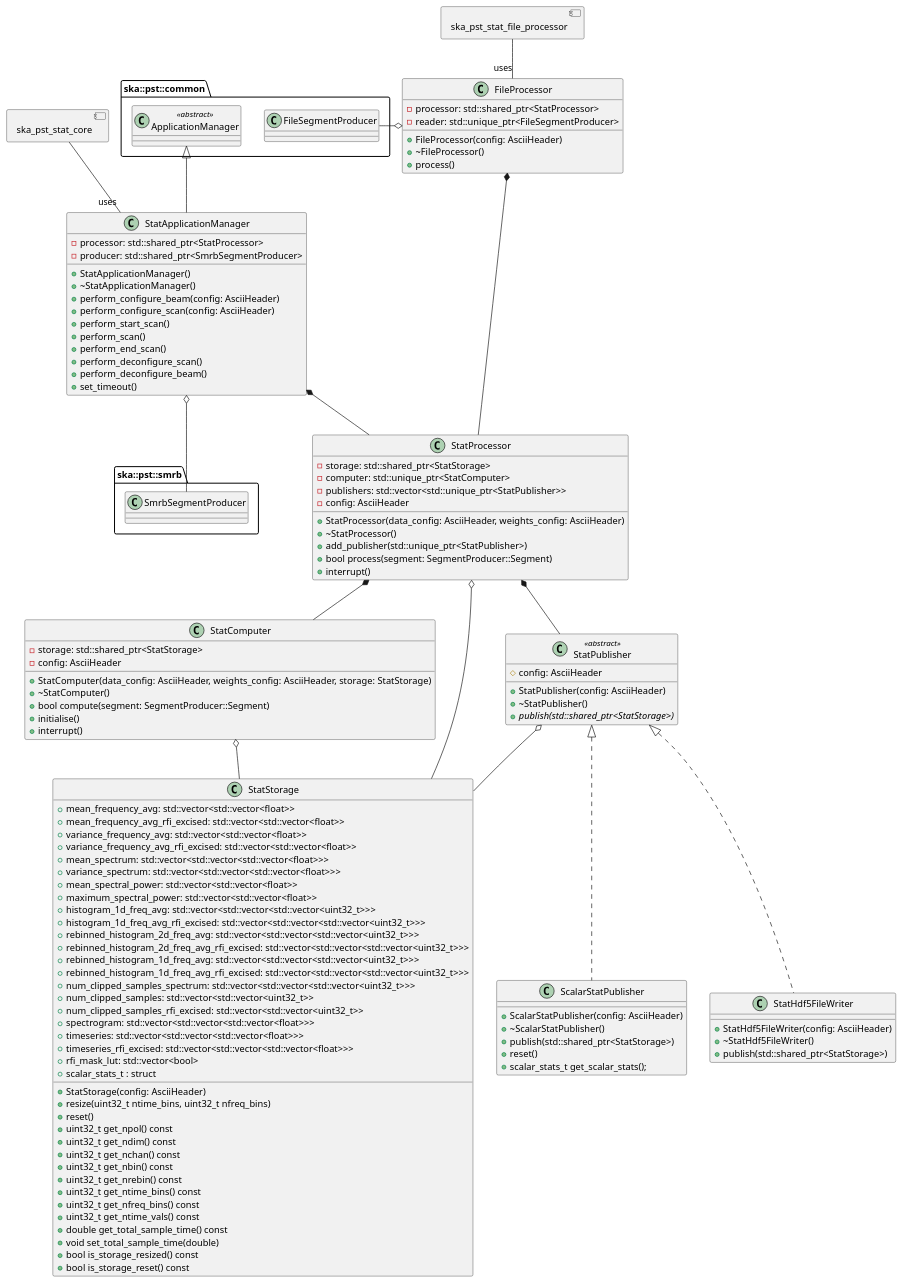
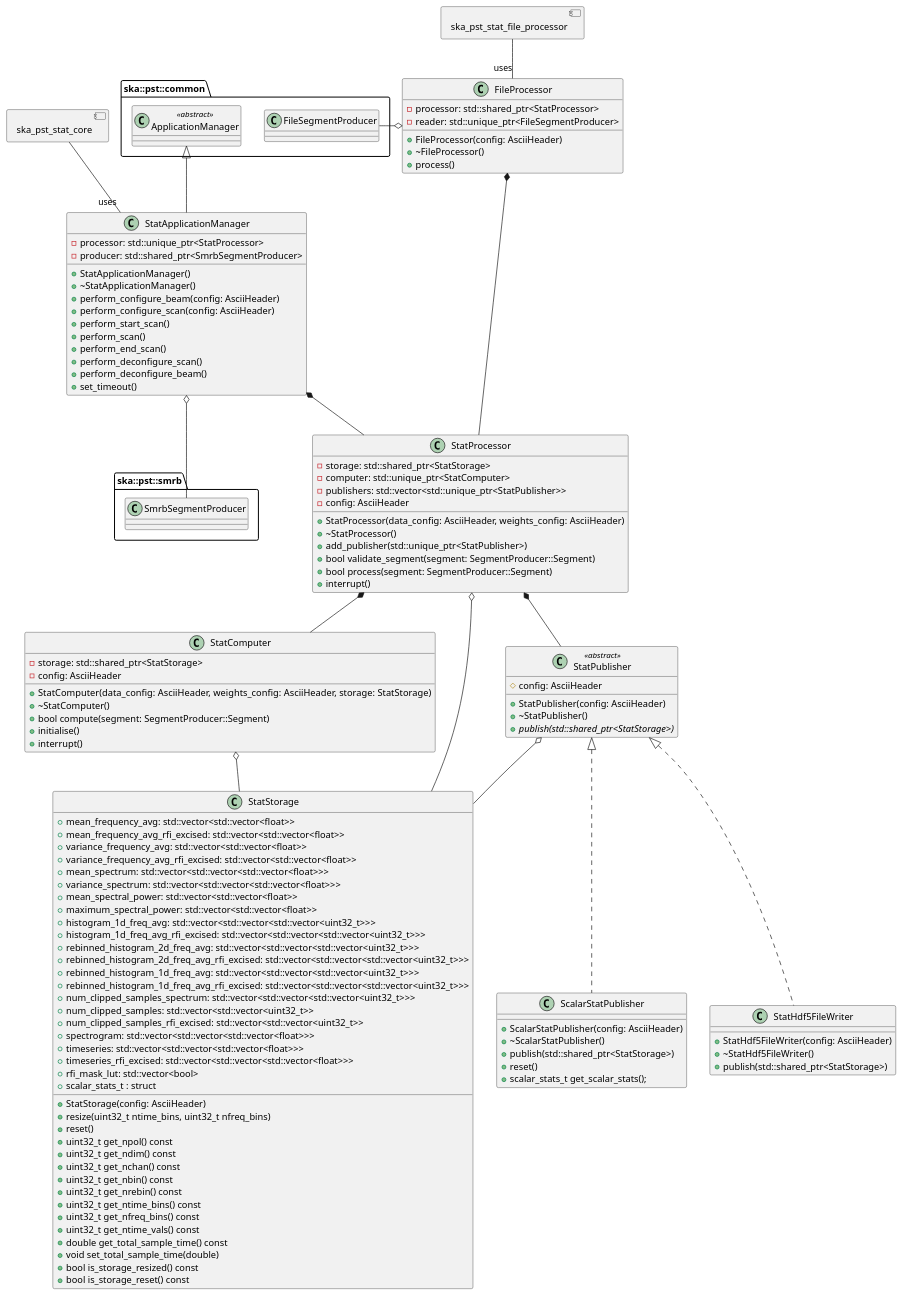
One commit to ska-telescope/ska-pst-stat changed the diagram in docs/src/architecture/class_diagram.puml. Above: the diagram before and after it, drawn with PlantUML.

Commit message:
AT3-503 update class diagram docs

```diff
--- a/docs/src/architecture/class_diagram.puml
+++ b/docs/src/architecture/class_diagram.puml
@@ -1,139 +1,140 @@
 @startuml PST Stat Class Diagram
 allow_mixing
 
 package ska::pst::common
 {
   class ApplicationManager <<abstract>>
   class FileSegmentProducer
 }
 
 package ska::pst::smrb
 {
   class SmrbSegmentProducer
 }
 
 class StatApplicationManager {
   + StatApplicationManager()
   + ~StatApplicationManager()
   + perform_configure_beam(config: AsciiHeader)
   + perform_configure_scan(config: AsciiHeader)
   + perform_start_scan()
   + perform_scan()
   + perform_end_scan()
   + perform_deconfigure_scan()
   + perform_deconfigure_beam()
   + set_timeout()
-  - processor: std::shared_ptr<StatProcessor>
+  - processor: std::unique_ptr<StatProcessor>
   - producer: std::shared_ptr<SmrbSegmentProducer>
 }
 
 class FileProcessor {
   + FileProcessor(config: AsciiHeader)
   + ~FileProcessor()
   + process()
   - processor: std::shared_ptr<StatProcessor>
   - reader: std::unique_ptr<FileSegmentProducer>
 }
 
 class StatProcessor {
   + StatProcessor(data_config: AsciiHeader, weights_config: AsciiHeader)
   + ~StatProcessor()
   + add_publisher(std::unique_ptr<StatPublisher>)
+  + bool validate_segment(segment: SegmentProducer::Segment)
   + bool process(segment: SegmentProducer::Segment)
   + interrupt()
   - storage: std::shared_ptr<StatStorage>
   - computer: std::unique_ptr<StatComputer>
   - publishers: std::vector<std::unique_ptr<StatPublisher>>
   - config: AsciiHeader
 }
 
 class StatComputer {
   + StatComputer(data_config: AsciiHeader, weights_config: AsciiHeader, storage: StatStorage)
   + ~StatComputer()
   + bool compute(segment: SegmentProducer::Segment)
   + initialise()
   + interrupt()
   - storage: std::shared_ptr<StatStorage>
   - config: AsciiHeader
 }
 
 class StatStorage {
   + StatStorage(config: AsciiHeader)
   + resize(uint32_t ntime_bins, uint32_t nfreq_bins)
   + reset()
   + uint32_t get_npol() const
   + uint32_t get_ndim() const
   + uint32_t get_nchan() const
   + uint32_t get_nbin() const
   + uint32_t get_nrebin() const
   + uint32_t get_ntime_bins() const
   + uint32_t get_nfreq_bins() const
   + uint32_t get_ntime_vals() const
   + double get_total_sample_time() const
   + void set_total_sample_time(double)
   + bool is_storage_resized() const
   + bool is_storage_reset() const
   + mean_frequency_avg: std::vector<std::vector<float>>
   + mean_frequency_avg_rfi_excised: std::vector<std::vector<float>>
   + variance_frequency_avg: std::vector<std::vector<float>>
   + variance_frequency_avg_rfi_excised: std::vector<std::vector<float>>
   + mean_spectrum: std::vector<std::vector<std::vector<float>>>
   + variance_spectrum: std::vector<std::vector<std::vector<float>>>
   + mean_spectral_power: std::vector<std::vector<float>>
   + maximum_spectral_power: std::vector<std::vector<float>>
   + histogram_1d_freq_avg: std::vector<std::vector<std::vector<uint32_t>>>
   + histogram_1d_freq_avg_rfi_excised: std::vector<std::vector<std::vector<uint32_t>>>
   + rebinned_histogram_2d_freq_avg: std::vector<std::vector<std::vector<uint32_t>>>
   + rebinned_histogram_2d_freq_avg_rfi_excised: std::vector<std::vector<std::vector<uint32_t>>>
   + rebinned_histogram_1d_freq_avg: std::vector<std::vector<std::vector<uint32_t>>>
   + rebinned_histogram_1d_freq_avg_rfi_excised: std::vector<std::vector<std::vector<uint32_t>>>
   + num_clipped_samples_spectrum: std::vector<std::vector<std::vector<uint32_t>>>
   + num_clipped_samples: std::vector<std::vector<uint32_t>>
   + num_clipped_samples_rfi_excised: std::vector<std::vector<uint32_t>>
   + spectrogram: std::vector<std::vector<std::vector<float>>>
   + timeseries: std::vector<std::vector<std::vector<float>>>
   + timeseries_rfi_excised: std::vector<std::vector<std::vector<float>>>
   + rfi_mask_lut: std::vector<bool>
   + scalar_stats_t : struct
 }
 
 class StatPublisher <<abstract>> {
   # config: AsciiHeader
   + StatPublisher(config: AsciiHeader)
   + ~StatPublisher()
   {abstract} + publish(std::shared_ptr<StatStorage>)
 }
 
 class ScalarStatPublisher implements StatPublisher {
   + ScalarStatPublisher(config: AsciiHeader)
   + ~ScalarStatPublisher()
   + publish(std::shared_ptr<StatStorage>)
   + reset()
   + scalar_stats_t get_scalar_stats();
 }
 
 class StatHdf5FileWriter implements StatPublisher {
   + StatHdf5FileWriter(config: AsciiHeader)
   + ~StatHdf5FileWriter()
   + publish(std::shared_ptr<StatStorage>)
 }
 
 StatProcessor *-- StatComputer
 StatProcessor *-- StatPublisher
 StatProcessor o-- StatStorage
 StatComputer o-- StatStorage
 StatPublisher o-- StatStorage
 
 ApplicationManager <|-- StatApplicationManager
 StatApplicationManager o-- SmrbSegmentProducer
 StatApplicationManager *-- StatProcessor
 
 FileProcessor *-- StatProcessor
 FileProcessor o- FileSegmentProducer
 
 component ska_pst_stat_core
 ska_pst_stat_core -- "uses" StatApplicationManager
 component ska_pst_stat_file_processor
 ska_pst_stat_file_processor -- "uses" FileProcessor
 
 @enduml
```
